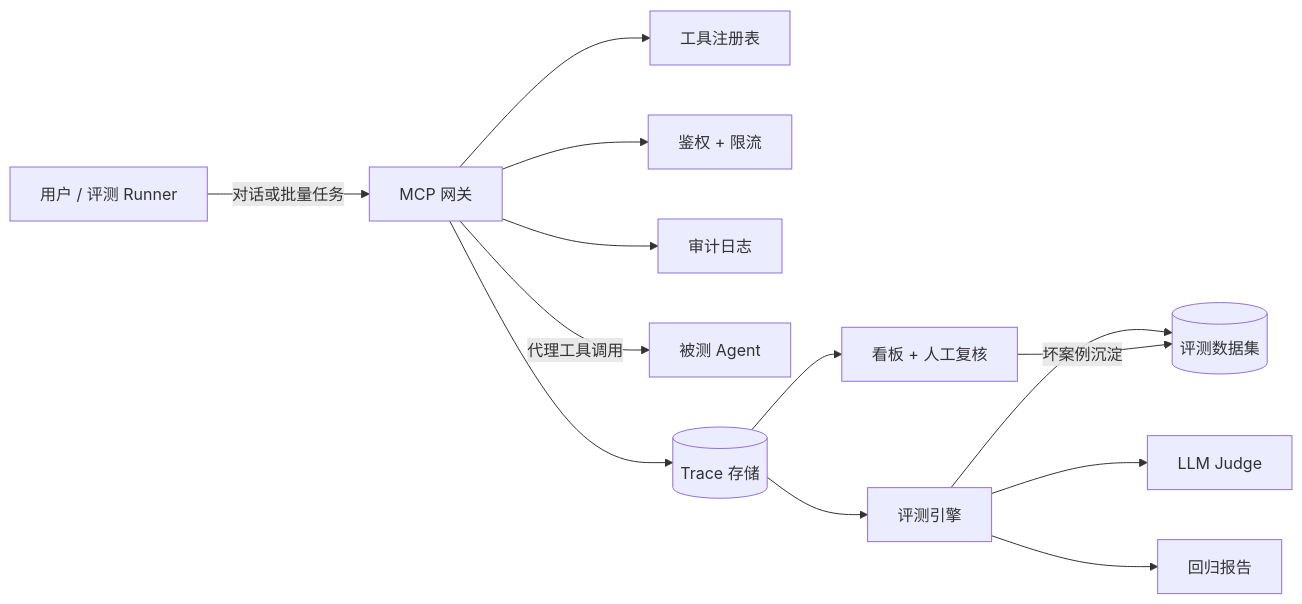
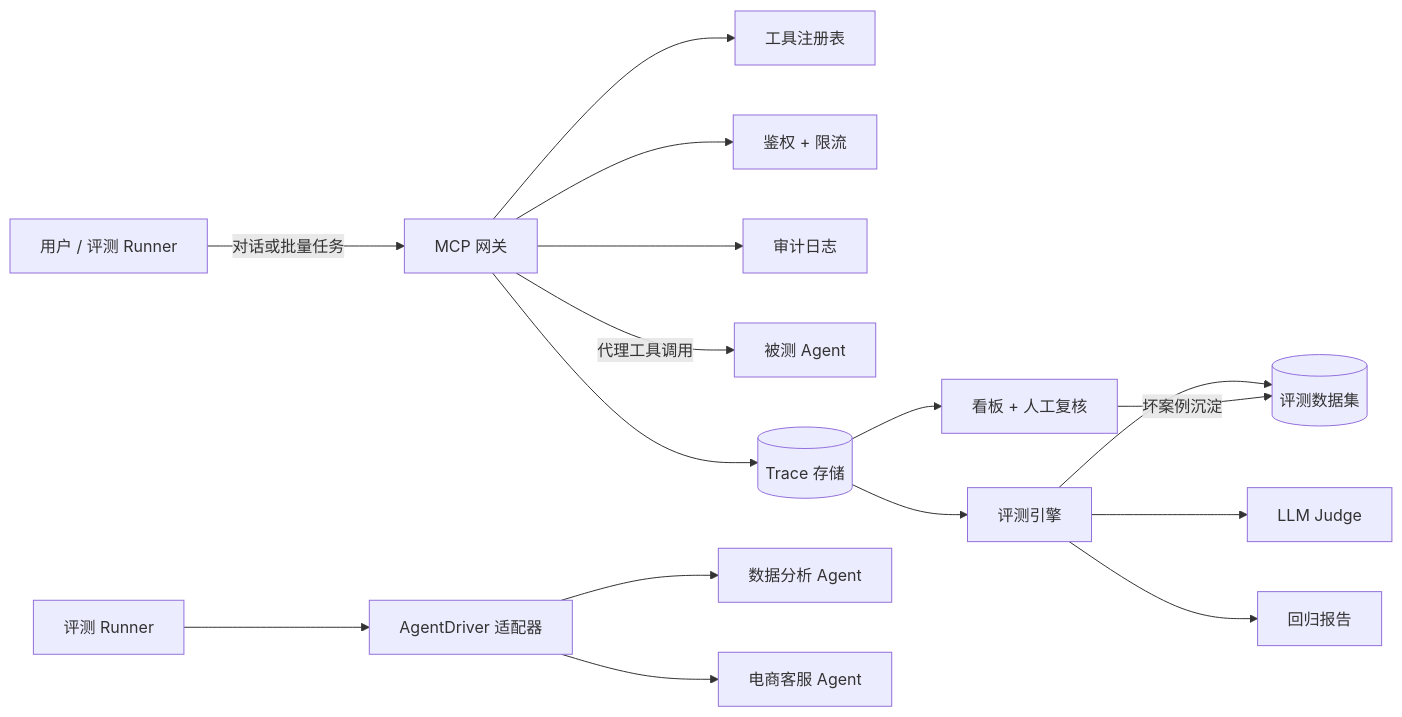
One commit to yerouguozi/agent-qc-platform changed the diagram in README.md. Above: the diagram before and after it, drawn with Mermaid. The commit also changed other lines of this file, not shown here.

````diff
--- a/README.md
+++ b/README.md
@@ -17,15 +20,18 @@
 ```mermaid
 graph LR
     U[用户 / 评测 Runner] -->|对话或批量任务| GW[MCP 网关]
     GW --> REG[工具注册表]
     GW --> AUTH[鉴权 + 限流]
     GW --> AUD[审计日志]
     GW -->|代理工具调用| AGENT[被测 Agent]
     GW --> TR[(Trace 存储)]
     TR --> EVAL[评测引擎]
     EVAL --> D[(评测数据集)]
     EVAL --> J[LLM Judge]
     TR --> OPS[看板 + 人工复核]
     OPS -->|坏案例沉淀| D
     EVAL --> RPT[回归报告]
+    RUN[评测 Runner] --> DRV[AgentDriver 适配器]
+    DRV --> SUT1[数据分析 Agent]
+    DRV --> SUT2[电商客服 Agent]
 ```
````
